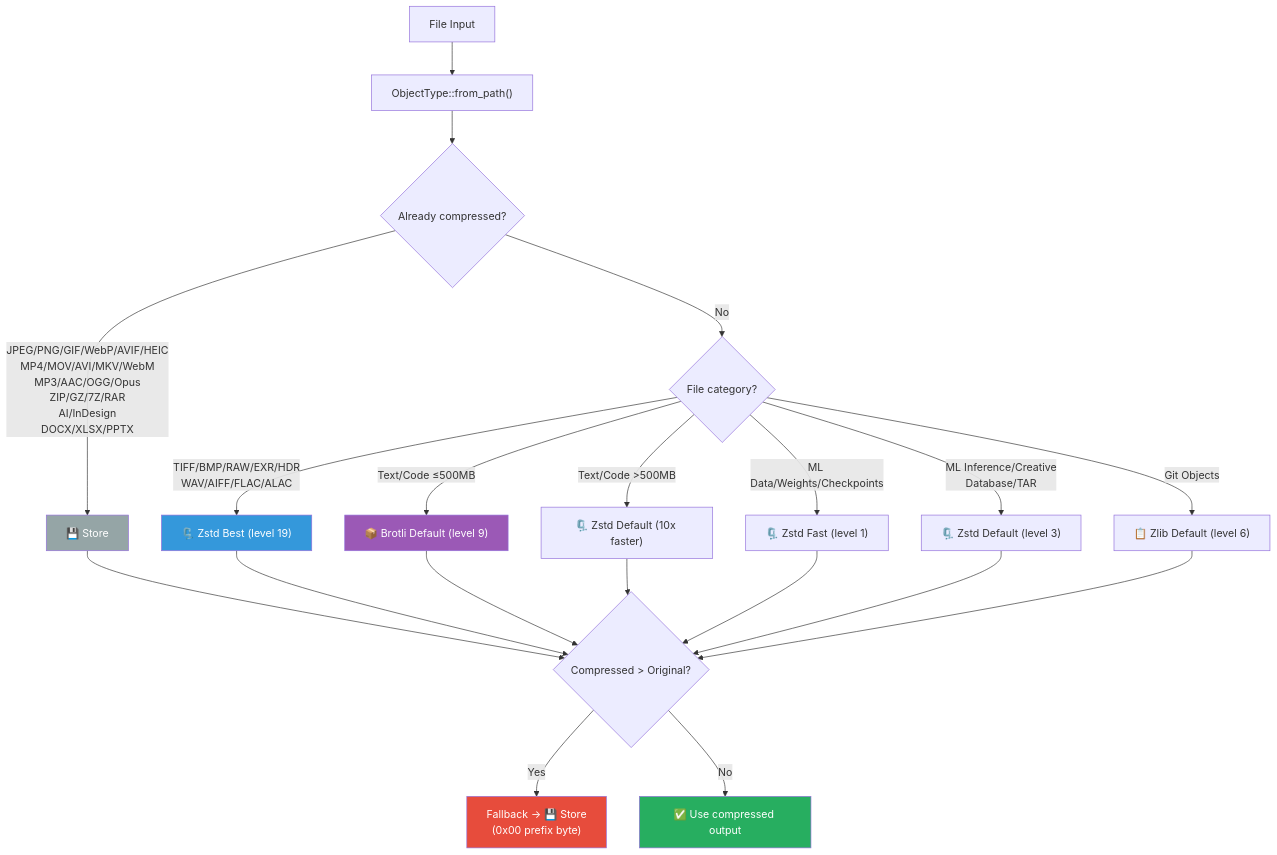
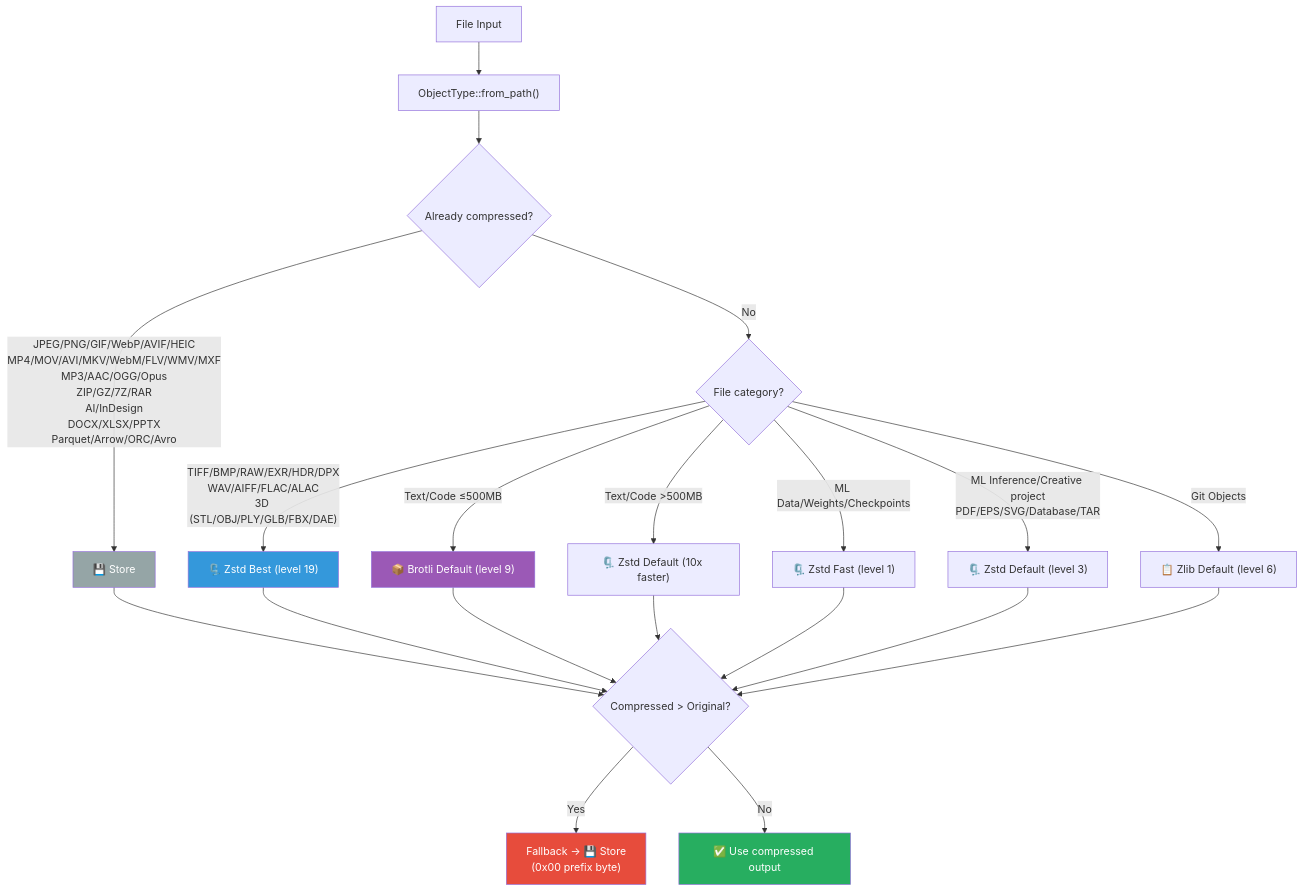
The first of 3 diagrams in SUPPORTED_FORMATS.md (winnyboy5/mediagit-core), drawn with Mermaid before and after one commit. The commit also changed other lines of this file and 50 other files, not shown here.

````diff
--- a/SUPPORTED_FORMATS.md
+++ b/SUPPORTED_FORMATS.md
@@ -26,29 +26,29 @@
 ```mermaid
 graph TD
     A["File Input"] --> B["ObjectType::from_path()"]
     B --> C{"Already compressed?"}
-    C -->|"JPEG/PNG/GIF/WebP/AVIF/HEIC<br/>MP4/MOV/AVI/MKV/WebM<br/>MP3/AAC/OGG/Opus<br/>ZIP/GZ/7Z/RAR<br/>AI/InDesign<br/>DOCX/XLSX/PPTX"| D["💾 Store"]
+    C -->|"JPEG/PNG/GIF/WebP/AVIF/HEIC<br/>MP4/MOV/AVI/MKV/WebM/FLV/WMV/MXF<br/>MP3/AAC/OGG/Opus<br/>ZIP/GZ/7Z/RAR<br/>AI/InDesign<br/>DOCX/XLSX/PPTX<br/>Parquet/Arrow/ORC/Avro"| D["💾 Store"]
     C -->|No| E{"File category?"}
-    E -->|"TIFF/BMP/RAW/EXR/HDR<br/>WAV/AIFF/FLAC/ALAC"| F["🗜️ Zstd Best (level 19)"]
+    E -->|"TIFF/BMP/RAW/EXR/HDR/DPX<br/>WAV/AIFF/FLAC/ALAC<br/>3D (STL/OBJ/PLY/GLB/FBX/DAE)"| F["🗜️ Zstd Best (level 19)"]
     E -->|"Text/Code ≤500MB"| G["📦 Brotli Default (level 9)"]
     E -->|"Text/Code >500MB"| H["🗜️ Zstd Default (10x faster)"]
     E -->|"ML Data/Weights/Checkpoints"| I["🗜️ Zstd Fast (level 1)"]
-    E -->|"ML Inference/Creative<br/>Database/TAR"| J["🗜️ Zstd Default (level 3)"]
+    E -->|"ML Inference/Creative project<br/>PDF/EPS/SVG/Database/TAR"| J["🗜️ Zstd Default (level 3)"]
     E -->|"Git Objects"| K["📋 Zlib Default (level 6)"]
 
     D --> L{"Compressed > Original?"}
     F --> L
     G --> L
     H --> L
     I --> L
     J --> L
     K --> L
     L -->|Yes| M["Fallback → 💾 Store<br/>(0x00 prefix byte)"]
     L -->|No| N["✅ Use compressed output"]
 
     style D fill:#95a5a6,color:#fff
     style F fill:#3498db,color:#fff
     style G fill:#9b59b6,color:#fff
     style M fill:#e74c3c,color:#fff
     style N fill:#27AE60,color:#fff
 ```
````
